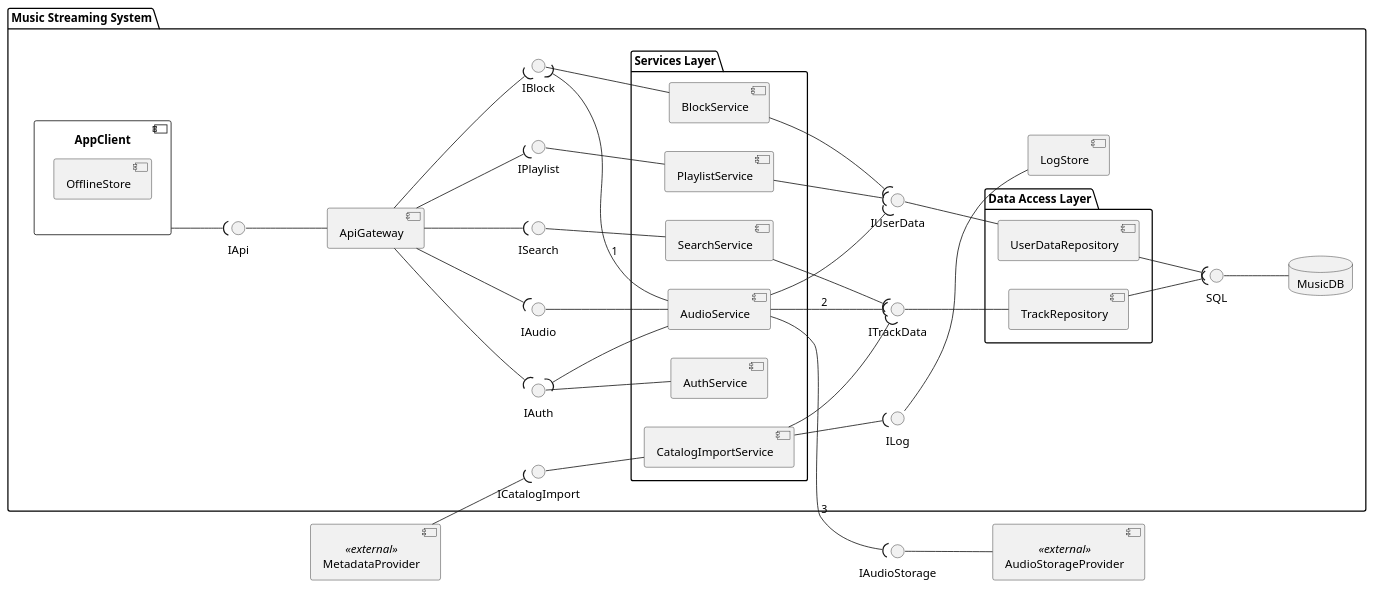
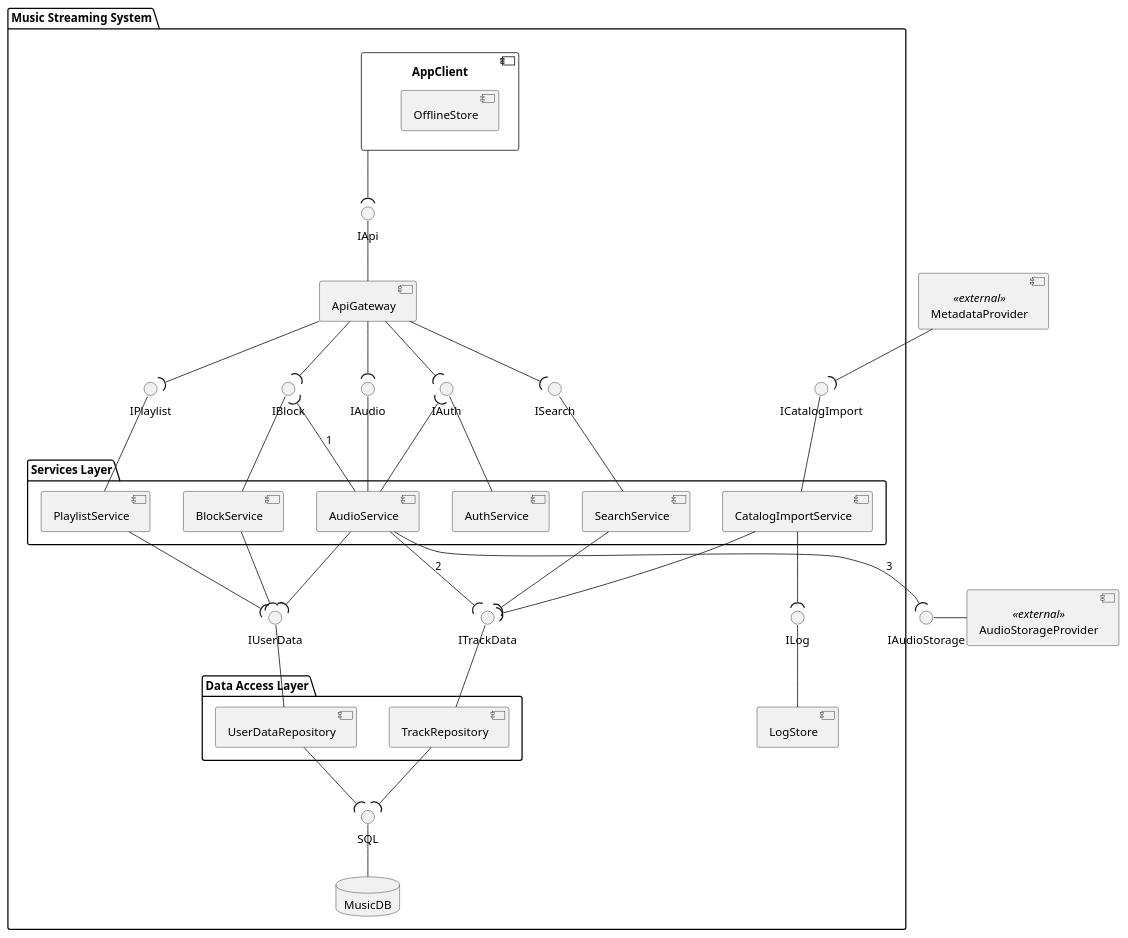
Before and after one commit to ranenneyoulikemore/music-app-er: the diagram in 05-component-diagram.puml, drawn with PlantUML. The commit also changed other lines of this file and 3 other files, not shown here.

```diff
--- a/05-component-diagram.puml
+++ b/05-component-diagram.puml
@@ -2,100 +1,101 @@
 @startuml
-left to right direction
+top to bottom direction
 skinparam componentStyle uml2
+skinparam packagePadding 25
+skinparam nodesep 40
+skinparam ranksep 40
 
 ' Зовнішні компоненти (поза межею)
 component "AudioStorageProvider" as AudioStorageProvider <<external>>
 component "MetadataProvider" as MetadataProvider <<external>>
 
 ' Інтерфейс зовнішньої системи CDN
 () "IAudioStorage" as IAudioStorage
-AudioStorageProvider -up- IAudioStorage
+AudioStorageProvider -left- IAudioStorage
 
 package "Music Streaming System" {
     
     component "AppClient" as AppClient {
         [OfflineStore]
     }
     
     component "ApiGateway" as ApiGateway
     
     package "Services Layer" {
         component "AuthService" as AuthService
         component "AudioService" as AudioService
         component "BlockService" as BlockService
         component "PlaylistService" as PlaylistService
         component "SearchService" as SearchService
         component "CatalogImportService" as CatalogImportService
     }
     
     package "Data Access Layer" {
         component "TrackRepository" as TrackRepository
         component "UserDataRepository" as UserDataRepository
     }
     
     database "MusicDB" as MusicDB
     component "LogStore" as LogStore
     
     ' Provided-інтерфейси всередині межі системи
     () "IApi" as IApi
     () "IAuth" as IAuth
     () "IAudio" as IAudio
     () "IBlock" as IBlock
     () "IPlaylist" as IPlaylist
     () "ISearch" as ISearch
     () "ICatalogImport" as ICatalogImport
     () "ITrackData" as ITrackData
     () "IUserData" as IUserData
     () "SQL" as SQL
     () "ILog" as ILog
 }
 
-' Зв'язки Provided (Lollipop -up-)
+' Зв'язки Provided (Lollipop)
 ApiGateway -up- IApi
 AuthService -up- IAuth
 AudioService -up- IAudio
 BlockService -up- IBlock
 PlaylistService -up- IPlaylist
 SearchService -up- ISearch
 CatalogImportService -up- ICatalogImport
 TrackRepository -up- ITrackData
 UserDataRepository -up- IUserData
 MusicDB -up- SQL
 LogStore -up- ILog
 
-' Зв'язки Required (Socket --( )
+' Зв'язки Required (Socket)
 
 ' UI Layer
 AppClient --( IApi
 
 ' External
 MetadataProvider --( ICatalogImport
 
 ' API Layer
 ApiGateway --( IAuth
 ApiGateway --( IAudio
 ApiGateway --( IBlock
 ApiGateway --( IPlaylist
 ApiGateway --( ISearch
 
 ' Services Layer (з нумерацією порядку викликів для AudioService)
 AudioService --( IBlock : 1
 AudioService --( ITrackData : 2
 AudioService --( IAudioStorage : 3
 AudioService --( IUserData
 AudioService --( IAuth
 
 BlockService --( IUserData
-
 PlaylistService --( IUserData
-
 SearchService --( ITrackData
 
 CatalogImportService --( ITrackData
 CatalogImportService --( ILog
 
 ' Data Access Layer
 TrackRepository --( SQL
 UserDataRepository --( SQL
 
 @enduml
```
